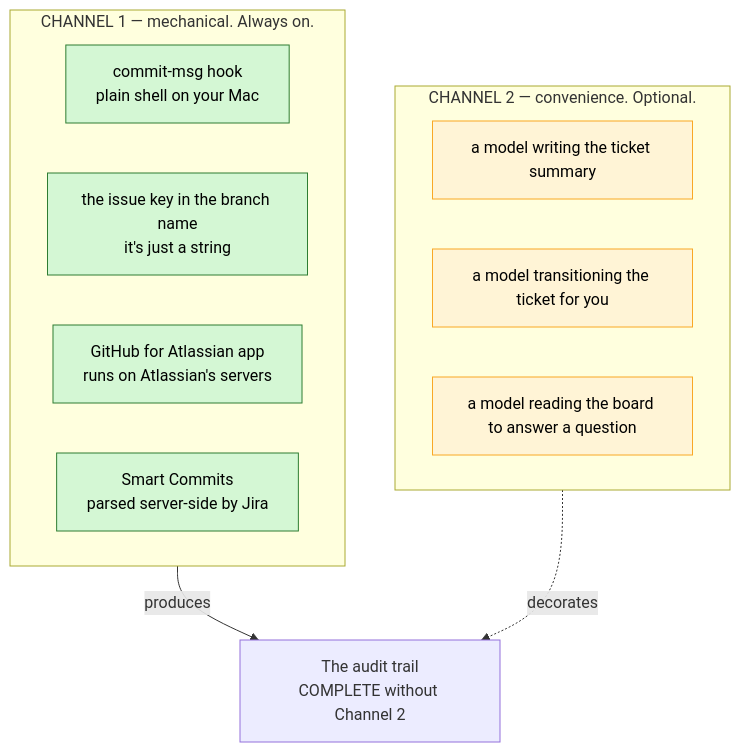
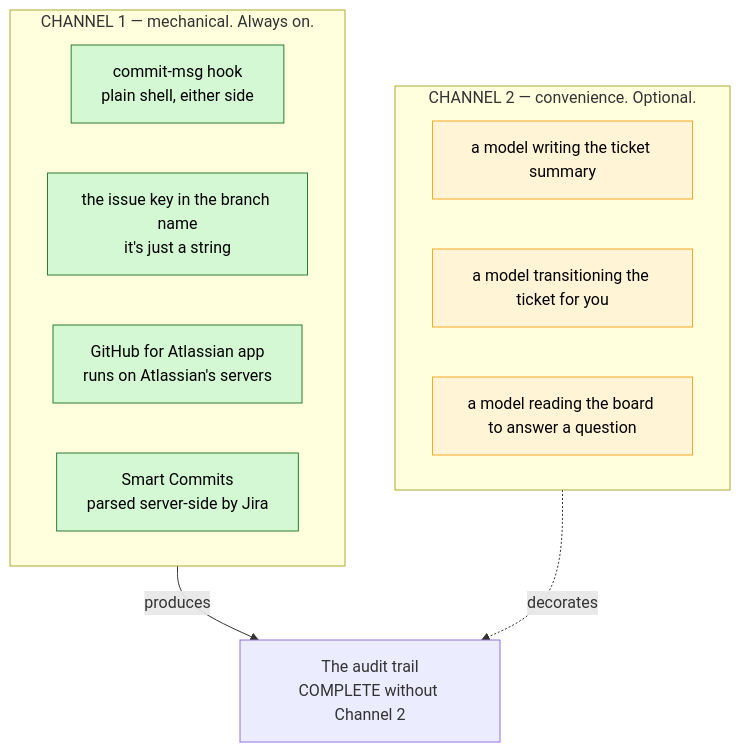
The second of 9 diagrams in docs/_scc_sops_prds/jira_integration_guide.md (sudomadhatter/Sudo_Hatter_Command), drawn with Mermaid before and after one commit. The commit also changed other lines of this file and 53 other files, not shown here.

````diff
--- a/docs/_scc_sops_prds/jira_integration_guide.md
+++ b/docs/_scc_sops_prds/jira_integration_guide.md
@@ -57,21 +57,21 @@
 ```mermaid
 flowchart TD
     subgraph MECH ["CHANNEL 1 — mechanical. Always on."]
-        M1["commit-msg hook\nplain shell on your Mac"]
+        M1["commit-msg hook\nplain shell, either side"]
         M2["the issue key in the branch name\nit's just a string"]
         M3["GitHub for Atlassian app\nruns on Atlassian's servers"]
         M4["Smart Commits\nparsed server-side by Jira"]
     end
     subgraph AI ["CHANNEL 2 — convenience. Optional."]
         A1["a model writing the ticket summary"]
         A2["a model transitioning the ticket for you"]
         A3["a model reading the board to answer a question"]
     end
     MECH -->|"produces"| TRAIL["The audit trail\nCOMPLETE without Channel 2"]
     AI -.->|"decorates"| TRAIL
 
     classDef hard fill:#d4f7d4,stroke:#2e7d32,color:#000
     classDef soft fill:#fff4d6,stroke:#f9a825,color:#000
     class M1,M2,M3,M4 hard
     class A1,A2,A3 soft
 ```
````
